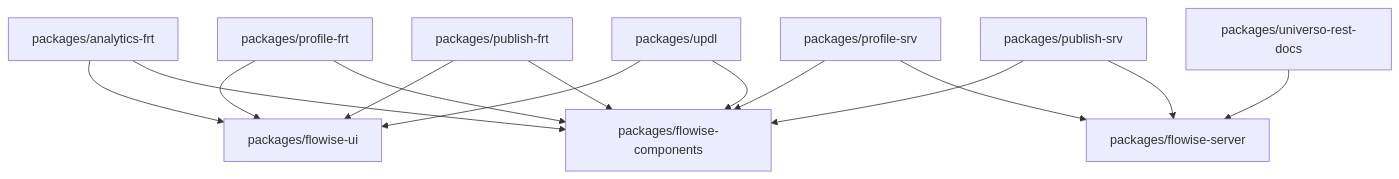
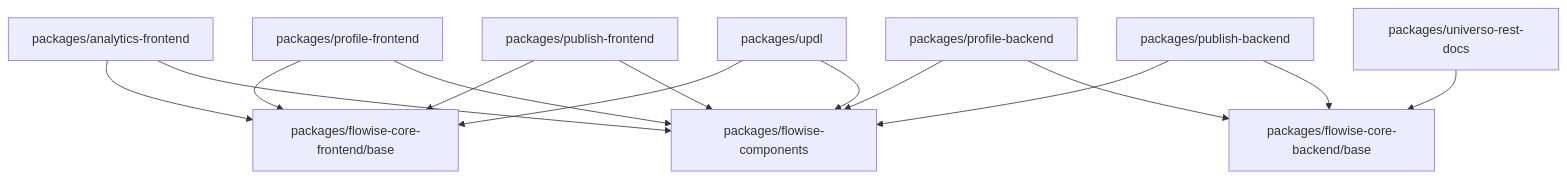
Before and after one commit to teknokomo/universo-platformo-react: the diagram in docs/en/roadmap/current-architecture/packages-analysis.md, drawn with Mermaid. The commit also changed other lines of this file and 2867 other files, not shown here.

````diff
--- a/docs/en/roadmap/current-architecture/packages-analysis.md
+++ b/docs/en/roadmap/current-architecture/packages-analysis.md
@@ -125,16 +125,16 @@
 ```mermaid
 graph TD
     A[packages/updl] --> B[packages/flowise-components]
-    A --> C[packages/flowise-ui]
-    D[packages/publish-frt] --> B
+    A --> C[packages/flowise-core-frontend/base]
+    D[packages/publish-frontend] --> B
     D --> C
-    E[packages/profile-frt] --> B
+    E[packages/profile-frontend] --> B
     E --> C
-    F[packages/analytics-frt] --> B
+    F[packages/analytics-frontend] --> B
     F --> C
-    G[packages/publish-srv] --> H[packages/flowise-server]
+    G[packages/publish-backend] --> H[packages/flowise-core-backend/base]
     G --> B
-    I[packages/profile-srv] --> H
+    I[packages/profile-backend] --> H
     I --> B
     J[packages/universo-rest-docs] --> H
 ```
````
